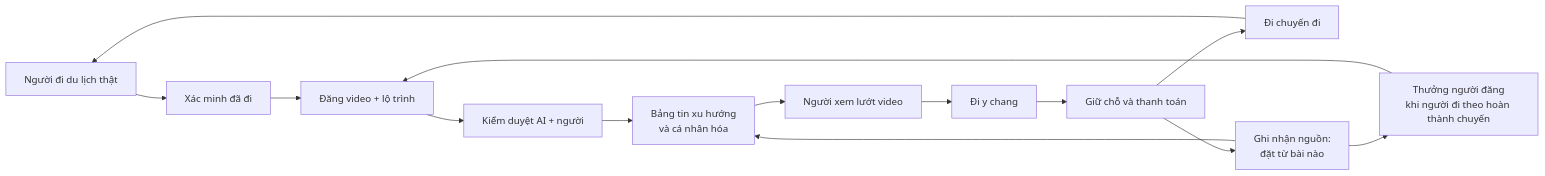
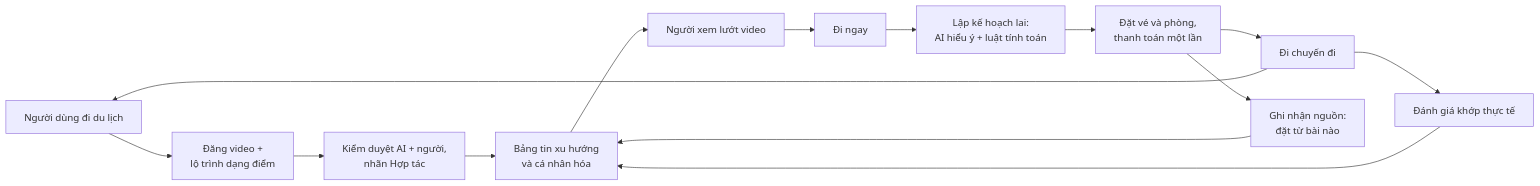
Before and after one commit to lengqbaorr/OTA_research: the first of 10 diagrams in docs/10-diagram-workflow.md, drawn with Mermaid. The commit also changed other lines of this file and 5 other files, not shown here.

First line of the commit message:
Pivot to Đi ngay: drop stay verification, point-based itineraries, hybrid AI plus rule planner in simulation and diagrams

````diff
--- a/docs/10-diagram-workflow.md
+++ b/docs/10-diagram-workflow.md
@@ -10,16 +11,16 @@
 ```mermaid
 flowchart LR
-    A["Người đi du lịch thật"] --> B["Xác minh đã đi"]
-    B --> C["Đăng video + lộ trình"]
-    C --> D["Kiểm duyệt AI + người"]
+    A["Người dùng đi du lịch"] --> C["Đăng video +<br/>lộ trình dạng điểm"]
+    C --> D["Kiểm duyệt AI + người,<br/>nhãn Hợp tác"]
     D --> E["Bảng tin xu hướng<br/>và cá nhân hóa"]
     E --> F["Người xem lướt video"]
-    F --> G["Đi y chang"]
-    G --> H["Giữ chỗ và thanh toán"]
+    F --> G["Đi ngay"]
+    G --> P["Lập kế hoạch lai:<br/>AI hiểu ý + luật tính toán"]
+    P --> H["Đặt vé và phòng,<br/>thanh toán một lần"]
     H --> I["Đi chuyến đi"]
+    I --> R["Đánh giá khớp thực tế"]
+    R --> E
     I --> A
     H --> J["Ghi nhận nguồn:<br/>đặt từ bài nào"]
-    J --> K["Thưởng người đăng<br/>khi người đi theo hoàn thành chuyến"]
     J --> E
-    K --> C
 ```
````
